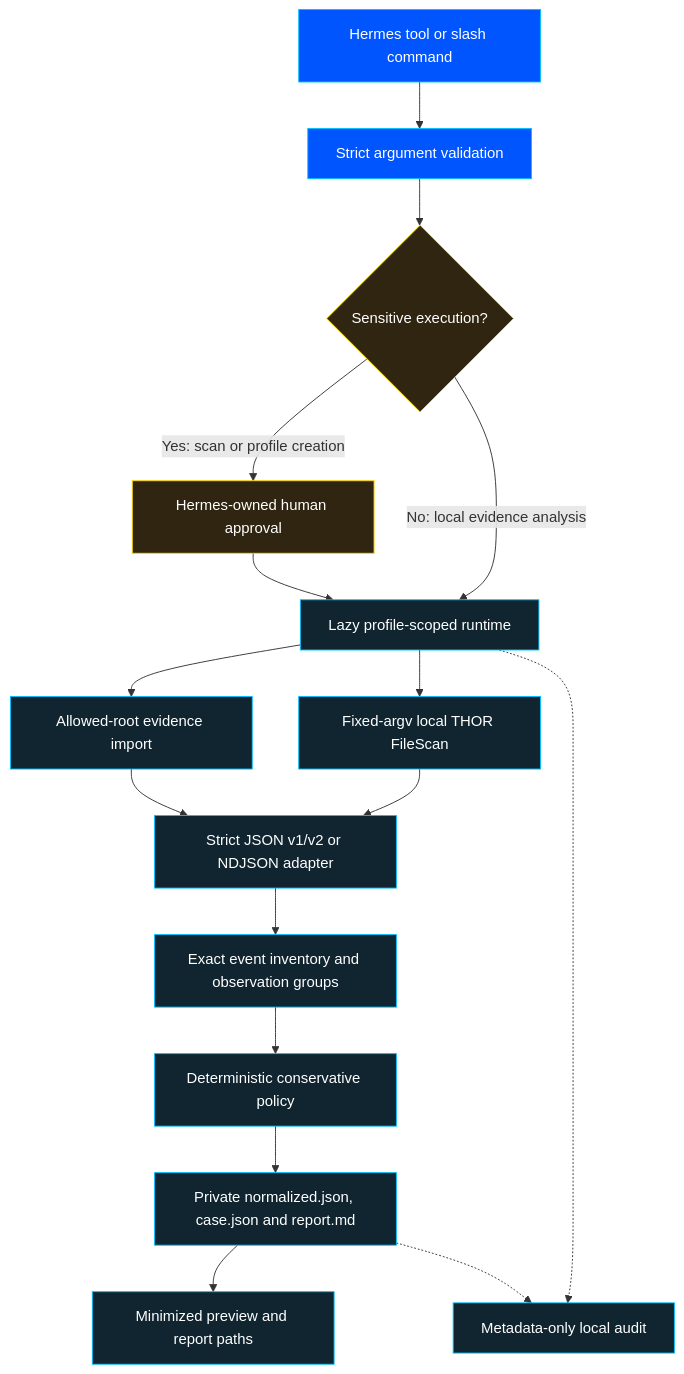
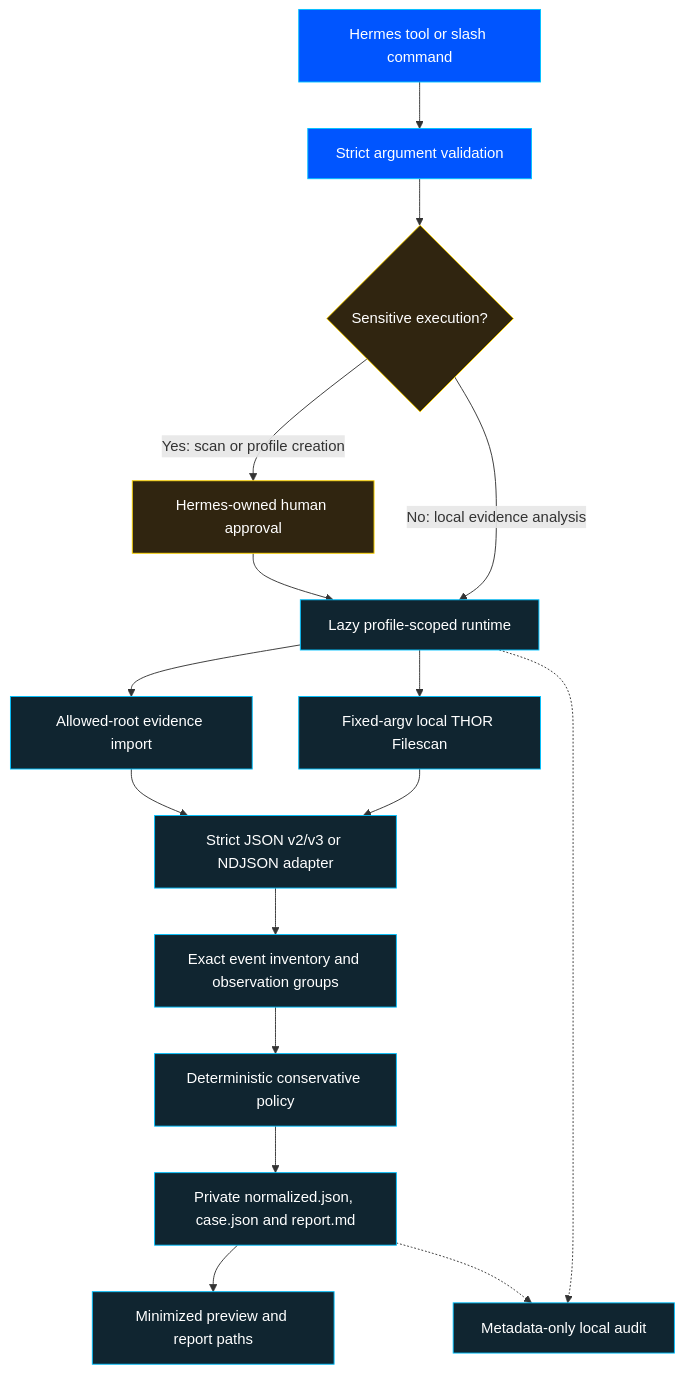
The diagram in docs/ARCHITECTURE.md (CyStrat-Services-GmbH/hermes-agentic-soc), drawn with Mermaid before and after one commit. The commit also changed other lines of this file and 41 other files, not shown here.

````diff
--- a/docs/ARCHITECTURE.md
+++ b/docs/ARCHITECTURE.md
@@ -9,24 +9,24 @@
 ```mermaid
 flowchart TD
     A["Hermes tool or slash command"] --> B["Strict argument validation"]
     B --> C{"Sensitive execution?"}
     C -->|"Yes: scan or profile creation"| D["Hermes-owned human approval"]
     C -->|"No: local evidence analysis"| E["Lazy profile-scoped runtime"]
     D --> E
     E --> F["Allowed-root evidence import"]
-    E --> G["Fixed-argv local THOR FileScan"]
-    F --> H["Strict JSON v1/v2 or NDJSON adapter"]
+    E --> G["Fixed-argv local THOR Filescan"]
+    F --> H["Strict JSON v2/v3 or NDJSON adapter"]
     G --> H
     H --> I["Exact event inventory and observation groups"]
     I --> J["Deterministic conservative policy"]
     J --> K["Private normalized.json, case.json and report.md"]
     K --> L["Minimized preview and report paths"]
     E -.-> M["Metadata-only local audit"]
     K -.-> M
     classDef host fill:#0055FF,color:#fff,stroke:#00C2FF
     classDef evidence fill:#102530,color:#fff,stroke:#00C2FF
     classDef control fill:#302510,color:#fff,stroke:#FFD600
     class A,B host
     class C,D control
     class E,F,G,H,I,J,K,L,M evidence
 ```
````
